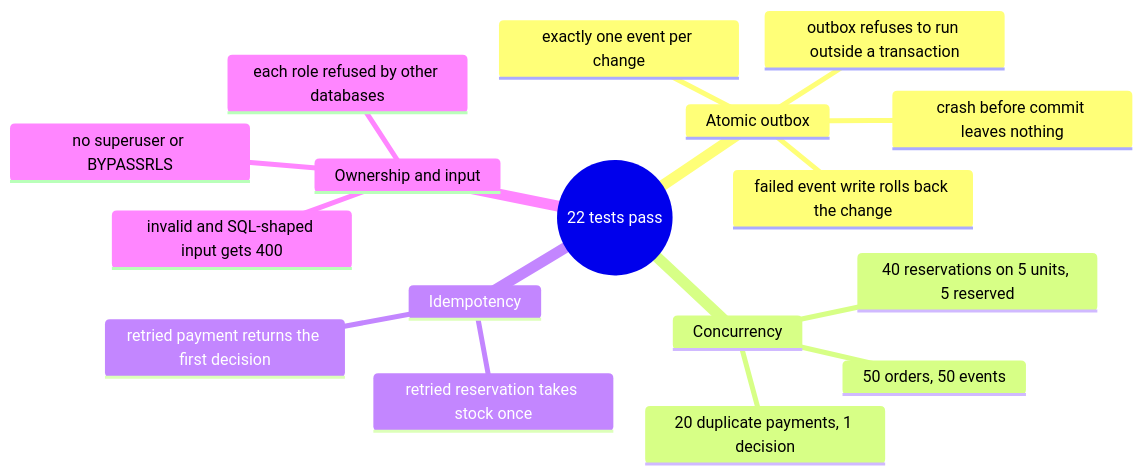
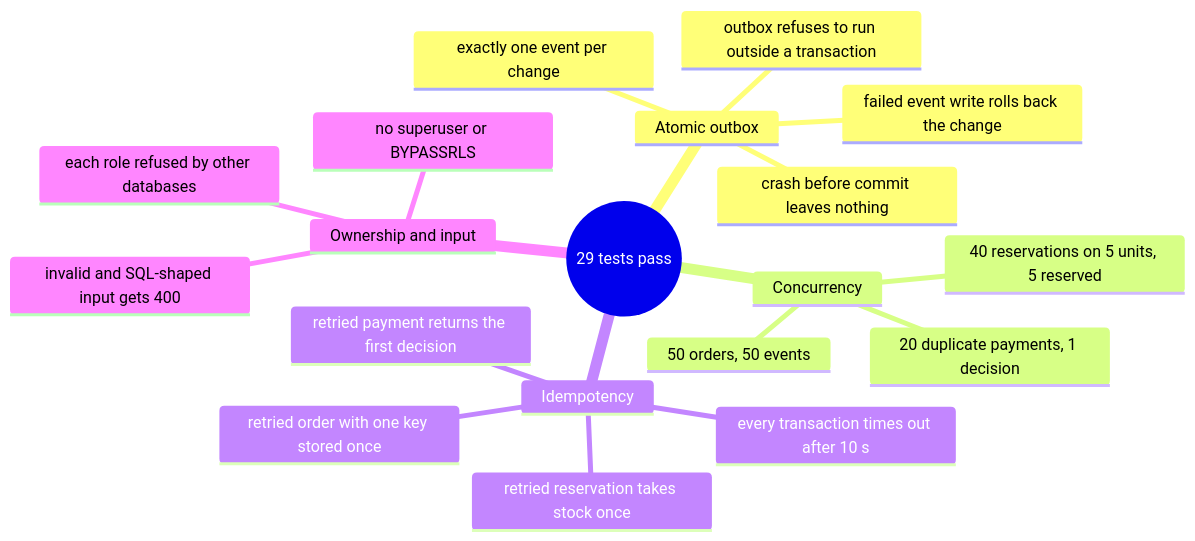
The second of 2 diagrams in README.md (EquinoxWN/outbox-saga-orchestrator), drawn with Mermaid before and after one commit. The commit also changed other lines of this file and 2 other files, not shown here.

````diff
--- a/README.md
+++ b/README.md
@@ -110,20 +116,22 @@
 ```mermaid
 mindmap
-  root((22 tests pass))
+  root((29 tests pass))
     Atomic outbox
       crash before commit leaves nothing
       failed event write rolls back the change
       outbox refuses to run outside a transaction
       exactly one event per change
     Concurrency
       50 orders, 50 events
       20 duplicate payments, 1 decision
       40 reservations on 5 units, 5 reserved
     Idempotency
       retried payment returns the first decision
       retried reservation takes stock once
+      retried order with one key stored once
+      every transaction times out after 10 s
     Ownership and input
       each role refused by other databases
       no superuser or BYPASSRLS
       invalid and SQL-shaped input gets 400
 ```
````
